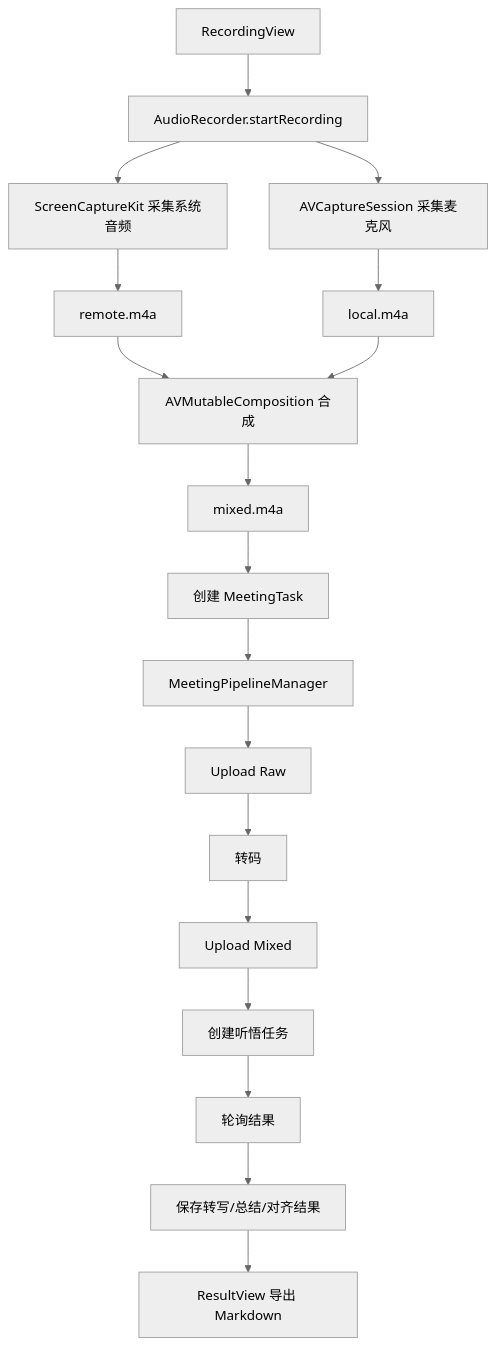
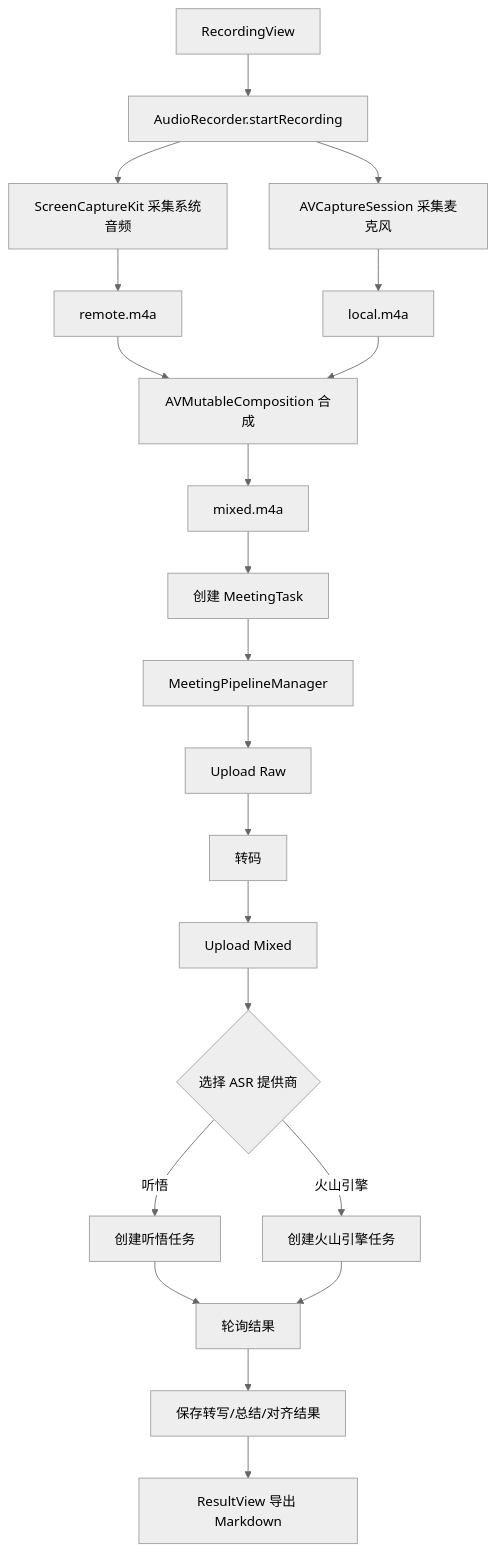
Before and after one commit to mistbit/VoiceMemo: the diagram in doc/01-architecture-overview.zh-CN.md, drawn with Mermaid (neutral theme). The commit also changed other lines of this file and 30 other files, not shown here.

First line of the commit message:
feat: add multi-provider ASR architecture with Volcengine integration (#43)

````diff
--- a/doc/01-architecture-overview.zh-CN.md
+++ b/doc/01-architecture-overview.zh-CN.md
@@ -52,23 +55,26 @@
 ```mermaid
 flowchart TD
   A[RecordingView] --> B[AudioRecorder.startRecording]
   B --> C[ScreenCaptureKit 采集系统音频]
   B --> D[AVCaptureSession 采集麦克风]
   C --> E[remote.m4a]
   D --> F[local.m4a]
   
   E --> H1[AVMutableComposition 合成]
   F --> H1
   H1 --> H2[mixed.m4a]
   H2 --> I1[创建 MeetingTask]
   I1 --> J1[MeetingPipelineManager]
   
   J1 --> K1[Upload Raw]
   K1 --> K2[转码]
   K2 --> K3[Upload Mixed]
-  K3 --> K4[创建听悟任务]
-  K4 --> K5[轮询结果]
+  K3 --> K4{选择 ASR 提供商}
+  K4 -->|听悟| K5a[创建听悟任务]
+  K4 -->|火山引擎| K5b[创建火山引擎任务]
+  K5a --> K6[轮询结果]
+  K5b --> K6
   
-  K5 --> O[保存转写/总结/对齐结果]
+  K6 --> O[保存转写/总结/对齐结果]
   O --> P[ResultView 导出 Markdown]
 ```
````
